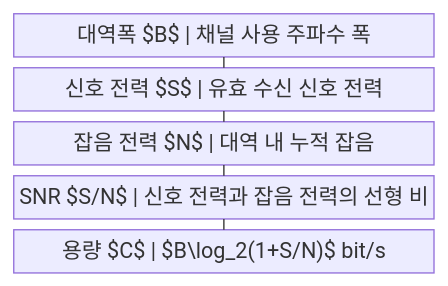
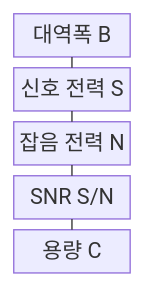
One commit to agnusdei1207/knowledge-base changed the first of 2 diagrams in src/content/docs/notes/04-network/065_shannon_channel_capacity.md. Above: the diagram before and after it, drawn with Mermaid. The commit also changed other lines of this file and 122 other files, not shown here.

````diff
--- a/src/content/docs/notes/04-network/065_shannon_channel_capacity.md
+++ b/src/content/docs/notes/04-network/065_shannon_channel_capacity.md
@@ -58,13 +62,13 @@
 ```mermaid
-block
+block-beta
     columns 1
-    A["대역폭 $B$ | 채널 사용 주파수 폭"]
-    B["신호 전력 $S$ | 유효 수신 신호 전력"]
-    C["잡음 전력 $N$ | 대역 내 누적 잡음"]
-    D["SNR $S/N$ | 신호 전력과 잡음 전력의 선형 비"]
-    E["용량 $C$ | $B\log_2(1+S/N)$ bit/s"]
+    A["대역폭 B"]
+    B["신호 전력 S"]
+    C["잡음 전력 N"]
+    D["SNR S/N"]
+    E["용량 C"]
     A --- B
     B --- C
     C --- D
     D --- E
 ```
````
